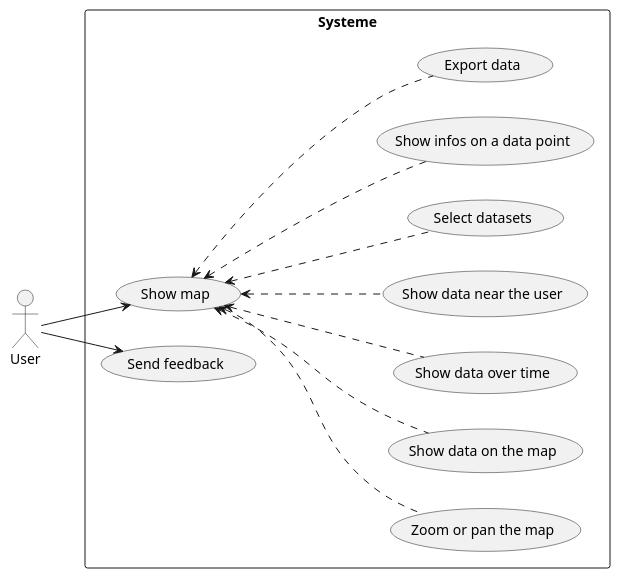
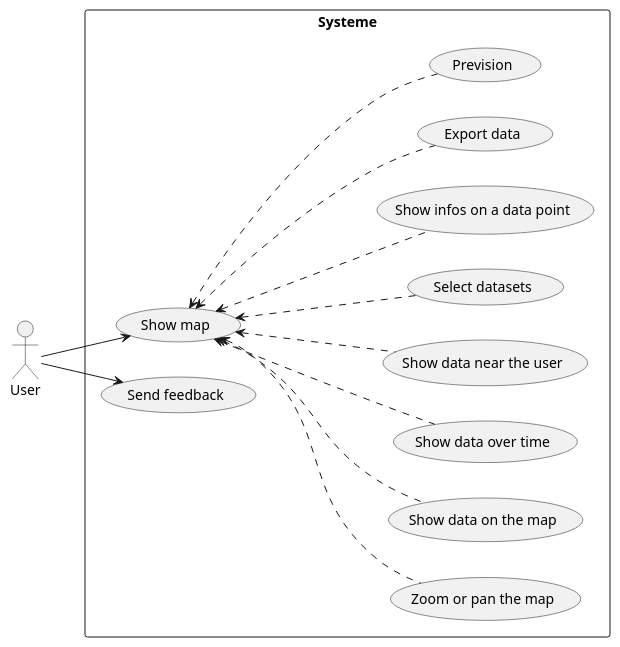
The diagram in stories/UseCases.md (ESIR2-PROJECT/RENDUS), drawn with PlantUML before and after one commit.

Commit message:
📝 new use case prevision in main diagram

````diff
--- a/stories/UseCases.md
+++ b/stories/UseCases.md
@@ -1,32 +1,34 @@
 ```puml
 @startuml
 
 left to right direction
 
 actor "User" as fc
 
 rectangle "Systeme" {
     usecase "Show map" as UC1
     usecase "Zoom or pan the map" as UC2
     usecase "Show data on the map" as UC3
     usecase "Show data over time" as UC4
     usecase "Show data near the user" as UC5
     usecase "Select datasets" as UC6
     usecase "Show infos on a data point" as UC7
     usecase "Export data" as UC8
     usecase "Send feedback" as UC9
+    usecase "Prevision" as UC10
 }
 
 fc --> UC1
 fc --> UC9
 
 UC1 <.-- UC2
 UC1 <.-- UC3
 UC1 <.-- UC4
 UC1 <.-- UC5
 UC1 <.-- UC6
 UC1 <.-- UC7
 UC1 <.-- UC8
+UC1 <.-- UC10
 
 @enduml
 ```
````
